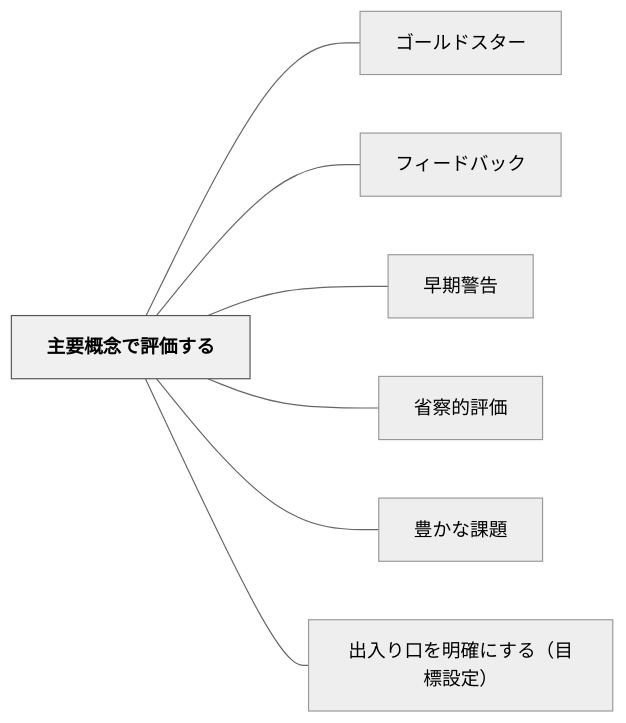
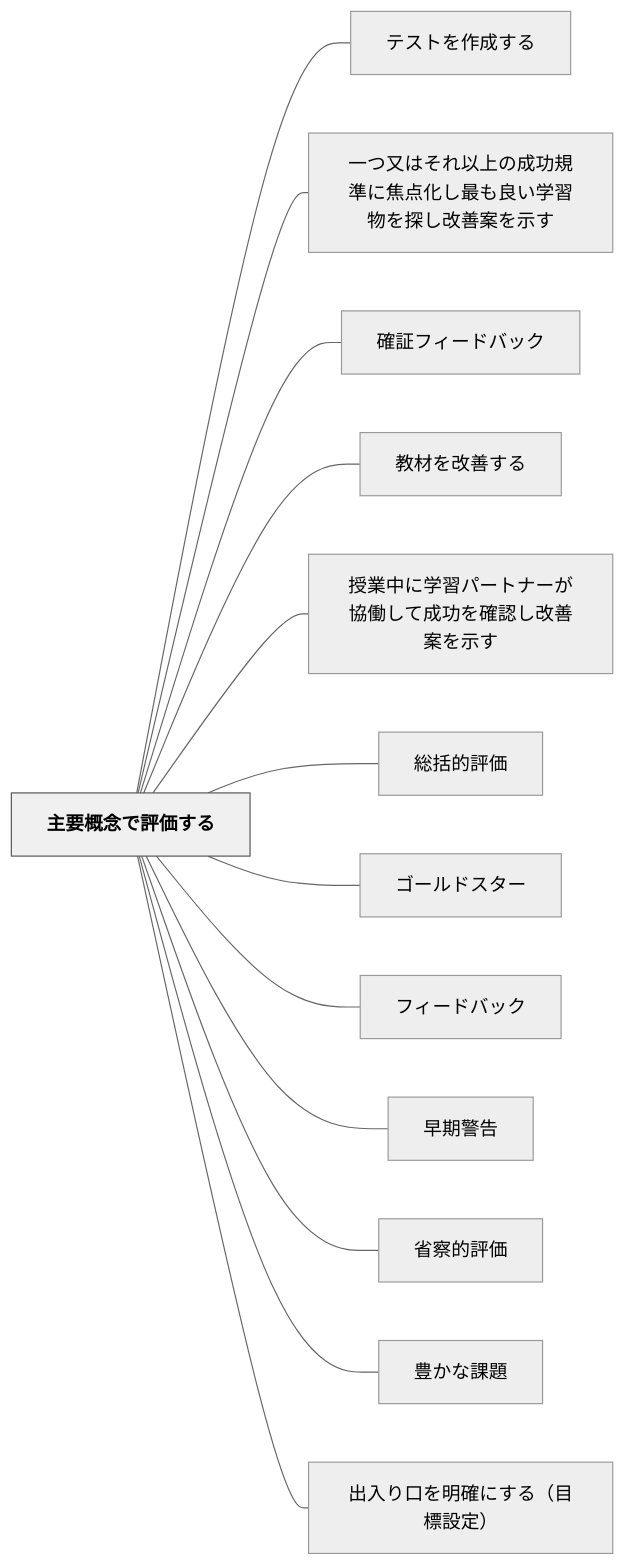
Before and after one commit to unknownthings-ed-patterns/unknownthings-ed-patterns: the diagram in content/パタン/主要概念で評価する.md, drawn with Mermaid (neutral theme). The commit also changed other lines of this file and 71 other files, not shown here.

````diff
--- a/content/パタン/主要概念で評価する.md
+++ b/content/パタン/主要概念で評価する.md
@@ -84,20 +90,32 @@
 ```mermaid
 flowchart LR
     ne4b8bbe8a681e6a682e5bfb5e381a7e8a995e4bea1e38199e3828b["主要概念で評価する"]
+    ne38386e382b9e38388e38292e4bd9ce68890e38199e3828b["テストを作成する"]
+    ne4b880e381a4e58f88e381afe3819de3828ce4bba5e4b88ae381aee68890e58a9fe8a68fe6ba96e381abe784a6e782b9e58c96e38197e69c80e38282e889afe38184e5ada6e7bf92e789a9e38292e68ea2e38197e694b9e59684e6a188e38292e7a4bae38199["一つ又はそれ以上の成功規準に焦点化し最も良い学習物を探し改善案を示す"]
+    ne7a2bae8a8bce38395e382a3e383bce38389e38390e38383e382af["確証フィードバック"]
+    ne69599e69d90e38292e694b9e59684e38199e3828b["教材を改善する"]
+    ne68e88e6a5ade4b8ade381abe5ada6e7bf92e38391e383bce38388e3838ae383bce3818ce58d94e5838de38197e381a6e68890e58a9fe38292e7a2bae8aa8de38197e694b9e59684e6a188e38292e7a4bae38199["授業中に学習パートナーが協働して成功を確認し改善案を示す"]
+    ne7b78fe68bace79a84e8a995e4bea1["総括的評価"]
     ne382b4e383bce383abe38389e382b9e382bfe383bc["ゴールドスター"]
     ne38395e382a3e383bce38389e38390e38383e382af["フィードバック"]
     ne697a9e69c9fe8ada6e5918a["早期警告"]
     ne79c81e5af9fe79a84e8a995e4bea1["省察的評価"]
     ne8b18ae3818be381aae8aab2e9a18c["豊かな課題"]
     ne587bae585a5e3828ae58fa3e38292e6988ee7a2bae381abe38199e3828befbc88e79baee6a899e8a8ade5ae9aefbc89["出入り口を明確にする（目標設定）"]
 
+    ne4b8bbe8a681e6a682e5bfb5e381a7e8a995e4bea1e38199e3828b --- ne38386e382b9e38388e38292e4bd9ce68890e38199e3828b
+    ne4b8bbe8a681e6a682e5bfb5e381a7e8a995e4bea1e38199e3828b --- ne4b880e381a4e58f88e381afe3819de3828ce4bba5e4b88ae381aee68890e58a9fe8a68fe6ba96e381abe784a6e782b9e58c96e38197e69c80e38282e889afe38184e5ada6e7bf92e789a9e38292e68ea2e38197e694b9e59684e6a188e38292e7a4bae38199
+    ne4b8bbe8a681e6a682e5bfb5e381a7e8a995e4bea1e38199e3828b --- ne7a2bae8a8bce38395e382a3e383bce38389e38390e38383e382af
+    ne4b8bbe8a681e6a682e5bfb5e381a7e8a995e4bea1e38199e3828b --- ne69599e69d90e38292e694b9e59684e38199e3828b
+    ne4b8bbe8a681e6a682e5bfb5e381a7e8a995e4bea1e38199e3828b --- ne68e88e6a5ade4b8ade381abe5ada6e7bf92e38391e383bce38388e3838ae383bce3818ce58d94e5838de38197e381a6e68890e58a9fe38292e7a2bae8aa8de38197e694b9e59684e6a188e38292e7a4bae38199
+    ne4b8bbe8a681e6a682e5bfb5e381a7e8a995e4bea1e38199e3828b --- ne7b78fe68bace79a84e8a995e4bea1
     ne4b8bbe8a681e6a682e5bfb5e381a7e8a995e4bea1e38199e3828b --- ne382b4e383bce383abe38389e382b9e382bfe383bc
     ne4b8bbe8a681e6a682e5bfb5e381a7e8a995e4bea1e38199e3828b --- ne38395e382a3e383bce38389e38390e38383e382af
     ne4b8bbe8a681e6a682e5bfb5e381a7e8a995e4bea1e38199e3828b --- ne697a9e69c9fe8ada6e5918a
     ne4b8bbe8a681e6a682e5bfb5e381a7e8a995e4bea1e38199e3828b --- ne79c81e5af9fe79a84e8a995e4bea1
     ne4b8bbe8a681e6a682e5bfb5e381a7e8a995e4bea1e38199e3828b --- ne8b18ae3818be381aae8aab2e9a18c
     ne4b8bbe8a681e6a682e5bfb5e381a7e8a995e4bea1e38199e3828b --- ne587bae585a5e3828ae58fa3e38292e6988ee7a2bae381abe38199e3828befbc88e79baee6a899e8a8ade5ae9aefbc89
 
     classDef hub fill:#f0f0f0,stroke:#555,color:#000,font-weight:bold
     class ne4b8bbe8a681e6a682e5bfb5e381a7e8a995e4bea1e38199e3828b hub
 ```
````
